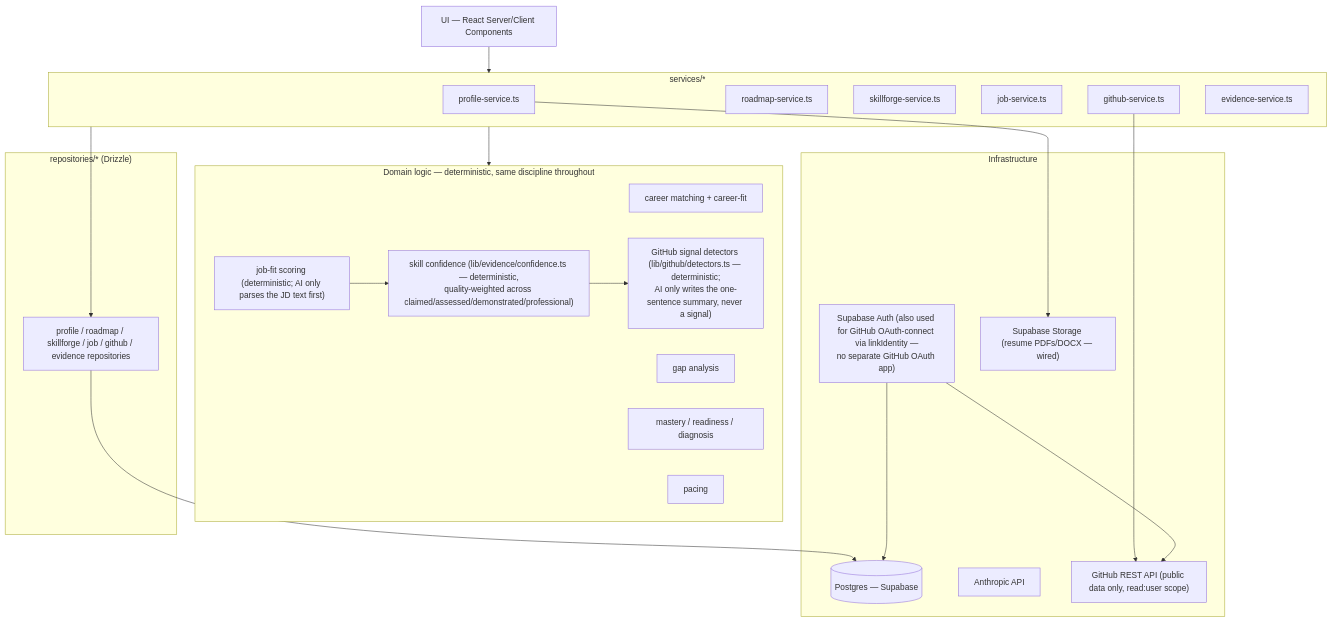
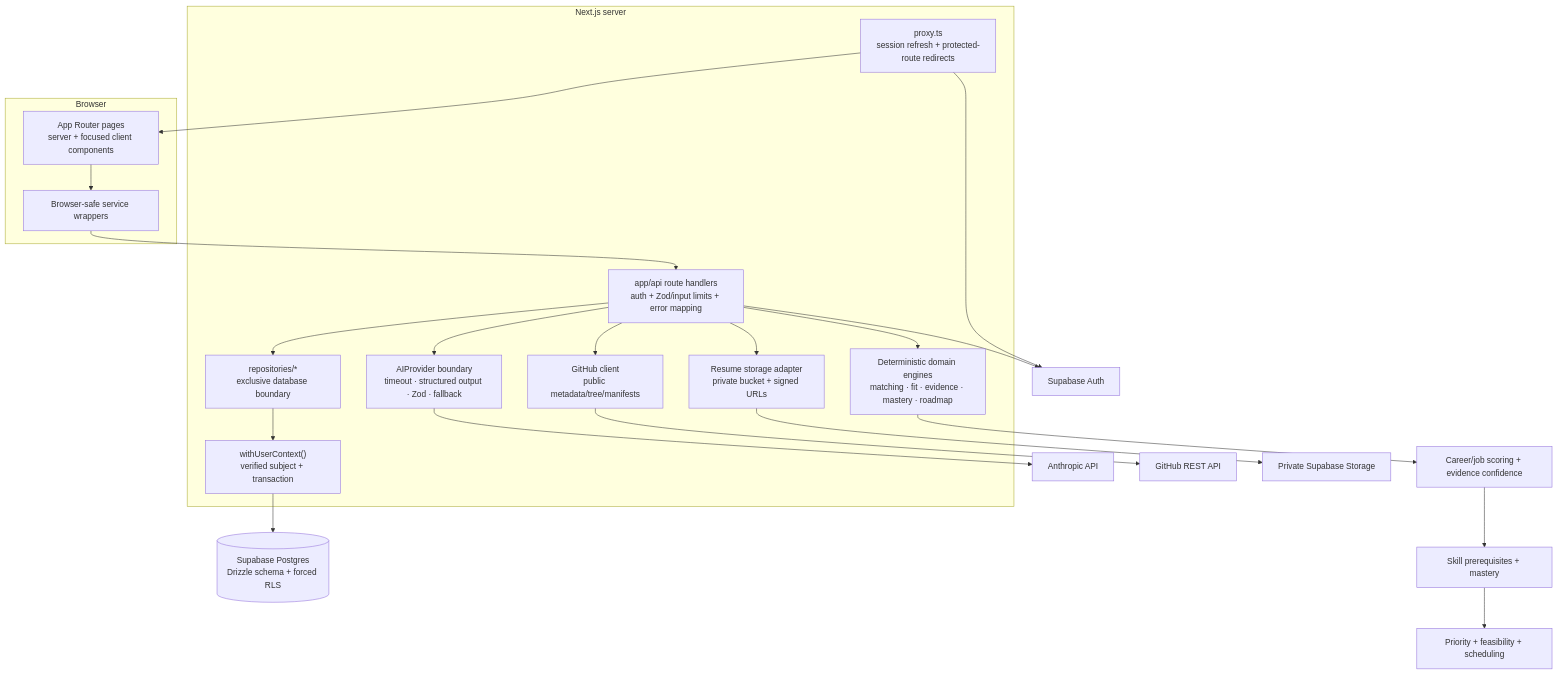
One commit to mojaffri/PathFinder changed the diagram in docs/architecture.md. Above: the diagram before and after it, drawn with Mermaid. The commit also changed other lines of this file and 36 other files, not shown here.

````diff
--- a/docs/architecture.md
+++ b/docs/architecture.md
@@ -107,46 +7,39 @@
 ```mermaid
 flowchart TB
-    UI["UI — React Server/Client Components"]
+  subgraph Browser["Browser"]
+    UI["App Router pages\nserver + focused client components"]
+    Services["Browser-safe service wrappers"]
+    UI --> Services
+  end
 
-    subgraph ServiceLayer["services/*"]
-        ProfileSvc2["profile-service.ts"]
-        RoadmapSvc2["roadmap-service.ts"]
-        SkillSvc2["skillforge-service.ts"]
-        JobSvc["job-service.ts"]
-        GithubSvc["github-service.ts"]
-        EvidenceSvc["evidence-service.ts"]
-    end
+  subgraph Next["Next.js server"]
+    Proxy["proxy.ts\nsession refresh + protected-route redirects"]
+    Routes["app/api route handlers\nauth + Zod/input limits + error mapping"]
+    Domain["Deterministic domain engines\nmatching · fit · evidence · mastery · roadmap"]
+    Repositories["repositories/*\nexclusive database boundary"]
+    Context["withUserContext()\nverified subject + transaction"]
+    AI["AIProvider boundary\ntimeout · structured output · Zod · fallback"]
+    GitHub["GitHub client\npublic metadata/tree/manifests"]
+    Storage["Resume storage adapter\nprivate bucket + signed URLs"]
+  end
 
-    subgraph DomainLayer["Domain logic — deterministic, same discipline throughout"]
-        Matching2["career matching + career-fit"]
-        GapEngine2["gap analysis"]
-        Mastery2["mastery / readiness / diagnosis"]
-        Pacing2["pacing"]
-        JobFit["job-fit scoring (deterministic; AI only parses the JD text first)"]
-        Confidence["skill confidence (lib/evidence/confidence.ts — deterministic,\nquality-weighted across claimed/assessed/demonstrated/professional)"]
-        Detectors["GitHub signal detectors (lib/github/detectors.ts — deterministic;\nAI only writes the one-sentence summary, never a signal)"]
-    end
+  Services --> Routes
+  Proxy --> UI
+  Routes --> Domain
+  Routes --> Repositories
+  Repositories --> Context
+  Routes --> AI
+  Routes --> GitHub
+  Routes --> Storage
 
-    subgraph RepoLayer2["repositories/* (Drizzle)"]
-        Repos["profile / roadmap / skillforge / job / github / evidence repositories"]
-    end
+  Context --> PG[("Supabase Postgres\nDrizzle schema + forced RLS")]
+  Proxy --> Auth["Supabase Auth"]
+  Routes --> Auth
+  AI --> Claude["Anthropic API"]
+  GitHub --> GH["GitHub REST API"]
+  Storage --> SupaStorage["Private Supabase Storage"]
 
-    subgraph Infra2["Infrastructure"]
-        PG2[("Postgres — Supabase")]
-        Auth2["Supabase Auth (also used for GitHub OAuth-connect via linkIdentity —\nno separate GitHub OAuth app)"]
-        Storage2["Supabase Storage (resume PDFs/DOCX — wired)"]
-        Claude2["Anthropic API"]
-        GH["GitHub REST API (public data only, read:user scope)"]
-    end
-
-    UI --> ServiceLayer
-    ServiceLayer --> DomainLayer
-    ServiceLayer --> Repos
-    GithubSvc --> GH
-    JobFit --> Confidence
-    Confidence --> Detectors
-    Repos --> PG2
-    Auth2 --> PG2
-    Auth2 --> GH
-    ProfileSvc2 --> Storage2
+  Domain --> Scoring["Career/job scoring + evidence confidence"]
+  Scoring --> SkillGraph["Skill prerequisites + mastery"]
+  SkillGraph --> Roadmap["Priority + feasibility + scheduling"]
 ```
````
